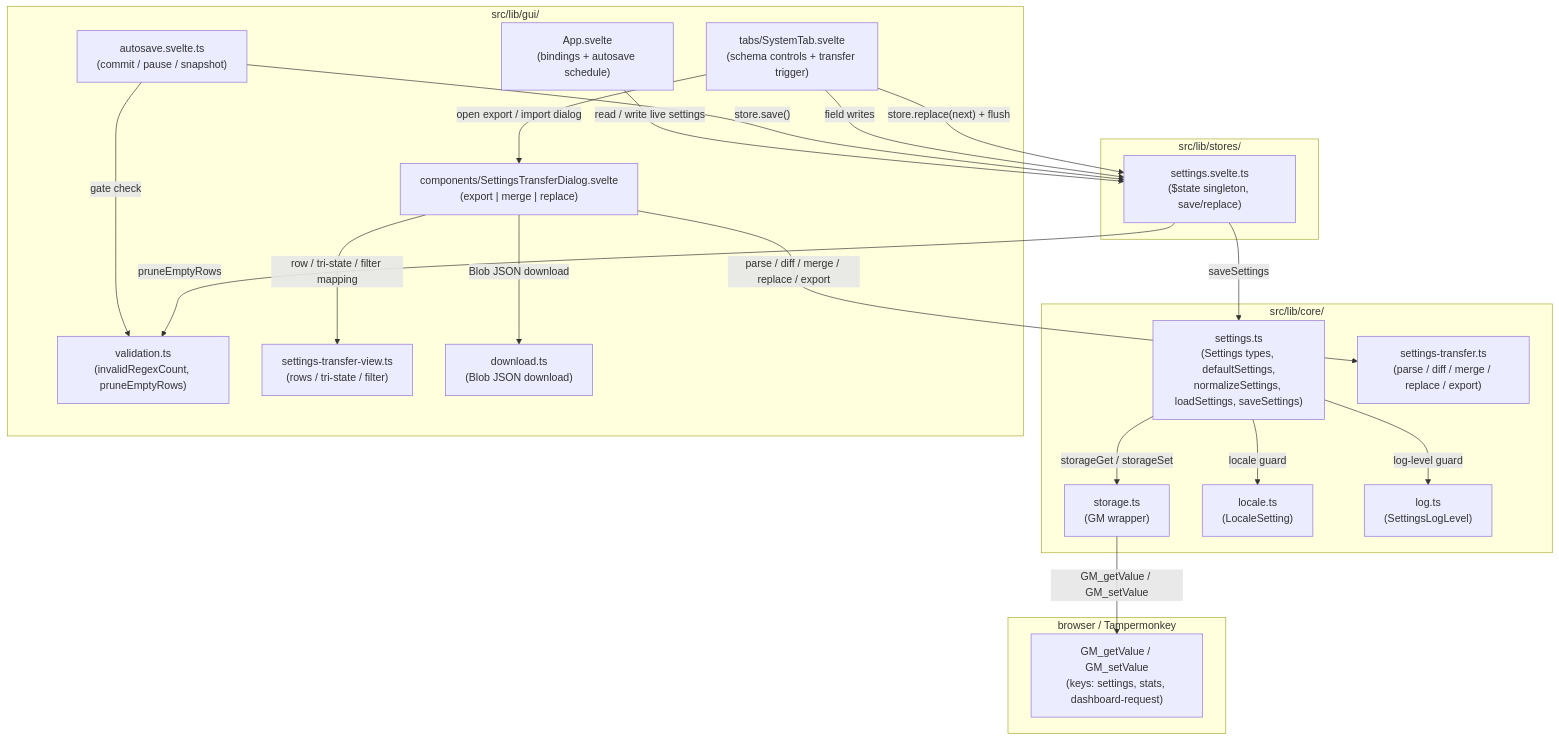
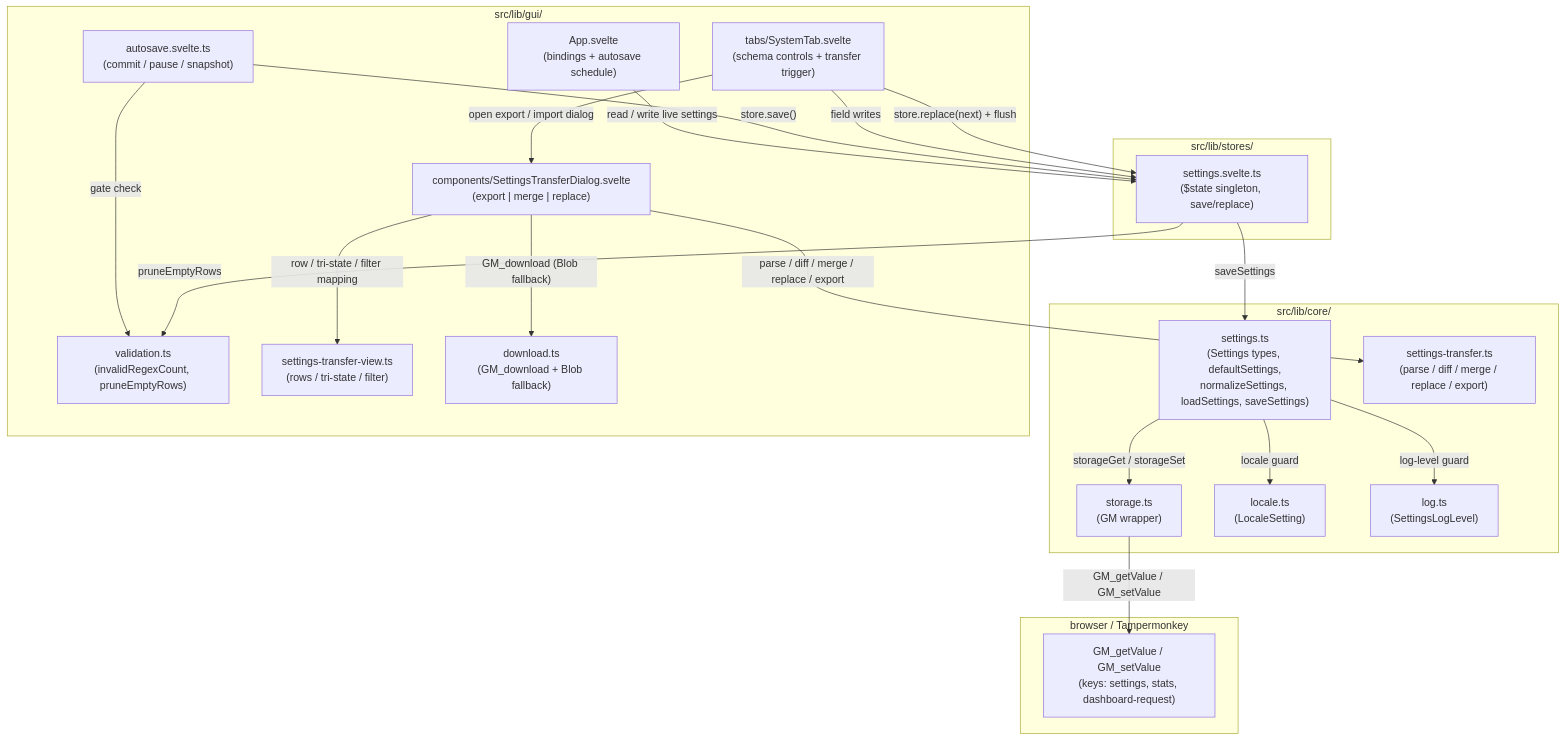
One commit to JanGaida/redirect-rules changed the first of 3 diagrams in docs/architecture/settings-storage.md. Above: the diagram before and after it, drawn with Mermaid. The commit also changed 6 other files, not shown here.

````diff
--- a/docs/architecture/settings-storage.md
+++ b/docs/architecture/settings-storage.md
@@ -9,41 +9,41 @@
 ```mermaid
 flowchart TB
     subgraph Core["src/lib/core/"]
         Settings["settings.ts<br/>(Settings types, defaultSettings,<br/>normalizeSettings, loadSettings, saveSettings)"]
         Storage["storage.ts<br/>(GM wrapper)"]
         Locale["locale.ts<br/>(LocaleSetting)"]
         Log["log.ts<br/>(SettingsLogLevel)"]
         Transfer["settings-transfer.ts<br/>(parse / diff / merge / replace / export)"]
     end
     subgraph Store["src/lib/stores/"]
         StoreMod["settings.svelte.ts<br/>($state singleton, save/replace)"]
     end
     subgraph Gui["src/lib/gui/"]
         App["App.svelte<br/>(bindings + autosave schedule)"]
         Auto["autosave.svelte.ts<br/>(commit / pause / snapshot)"]
         Valid["validation.ts<br/>(invalidRegexCount, pruneEmptyRows)"]
         System["tabs/SystemTab.svelte<br/>(schema controls + transfer trigger)"]
         TransferView["settings-transfer-view.ts<br/>(rows / tri-state / filter)"]
-        Download["download.ts<br/>(Blob JSON download)"]
+        Download["download.ts<br/>(GM_download + Blob fallback)"]
         Dialog["components/SettingsTransferDialog.svelte<br/>(export | merge | replace)"]
     end
     subgraph Browser["browser / Tampermonkey"]
         GM["GM_getValue / GM_setValue<br/>(keys: settings, stats, dashboard-request)"]
     end
 
     App -->|"read / write live settings"| StoreMod
     Auto -->|"gate check"| Valid
     Auto -->|"store.save()"| StoreMod
     StoreMod -->|"pruneEmptyRows"| Valid
     StoreMod -->|"saveSettings"| Settings
     Settings -->|"storageGet / storageSet"| Storage
     Storage -->|"GM_getValue / GM_setValue"| GM
     Settings -->|"locale guard"| Locale
     Settings -->|"log-level guard"| Log
     System -->|"open export / import dialog"| Dialog
     System -->|"field writes"| StoreMod
     Dialog -->|"row / tri-state / filter mapping"| TransferView
     Dialog -->|"parse / diff / merge / replace / export"| Transfer
-    Dialog -->|"Blob JSON download"| Download
+    Dialog -->|"GM_download (Blob fallback)"| Download
     System -->|"store.replace(next) + flush"| StoreMod
 ```
````
